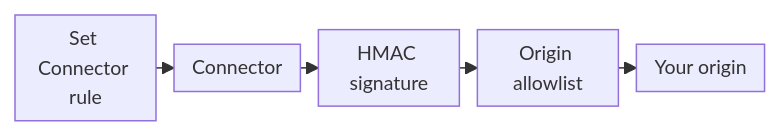
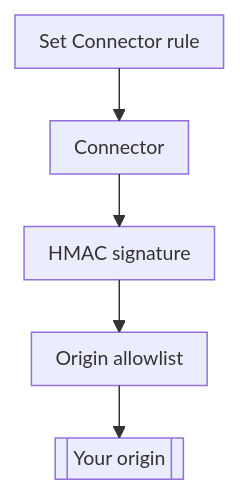
Before and after one commit to aziontech/docs: the third of 4 diagrams in apps/docs/src/content/docs/en/pages/secure/connectors/how-it-works.mdx, drawn with Mermaid. The commit also changed other lines of this file and 179 other files, not shown here.

Commit message:
docs(diagrams): redraw every other diagram in the use-case diagram style (#2513)

````diff
--- a/apps/docs/src/content/docs/en/pages/secure/connectors/how-it-works.mdx
+++ b/apps/docs/src/content/docs/en/pages/secure/connectors/how-it-works.mdx
@@ -196,8 +196,8 @@
 ```mermaid
-%%{init: {"layout": "dagre", "themeVariables": {"fontSize": "13px"}, "flowchart": {"nodeSpacing": 12, "rankSpacing": 12, "padding": 6, "wrappingWidth": 70, "minNodeWidth": 40, "useMaxWidth": true}}}%%
-flowchart LR
+%%{init: {"layout": "elk", "themeVariables": {"fontSize": "13px"}, "flowchart": {"nodeSpacing": 24, "rankSpacing": 36, "padding": 8, "wrappingWidth": 150, "useMaxWidth": true}, "sequence": {"width": 120, "actorMargin": 30, "useMaxWidth": true}}}%%
+flowchart TD
   Rule["Set Connector rule"] --> Conn["Connector"]
   Conn --> Sign["HMAC signature"]
   Sign --> ACL["Origin allowlist"]
-  ACL --> Origin["Your origin"]
+  ACL --> Origin[["Your origin"]]
 ```
````
